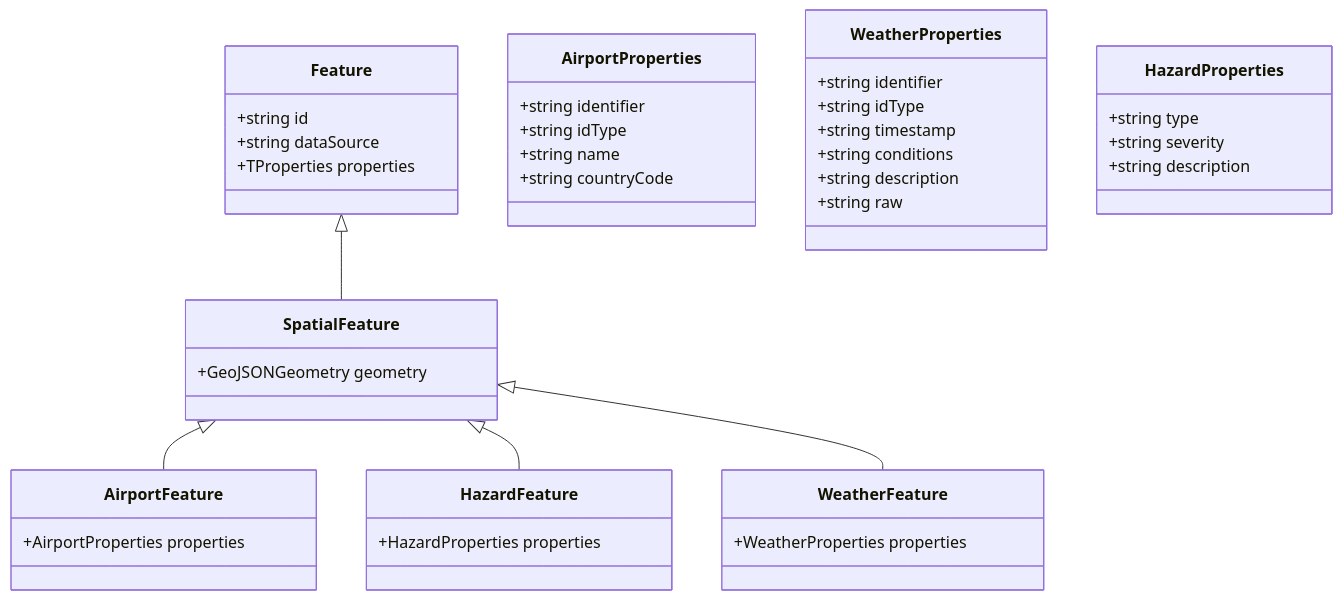
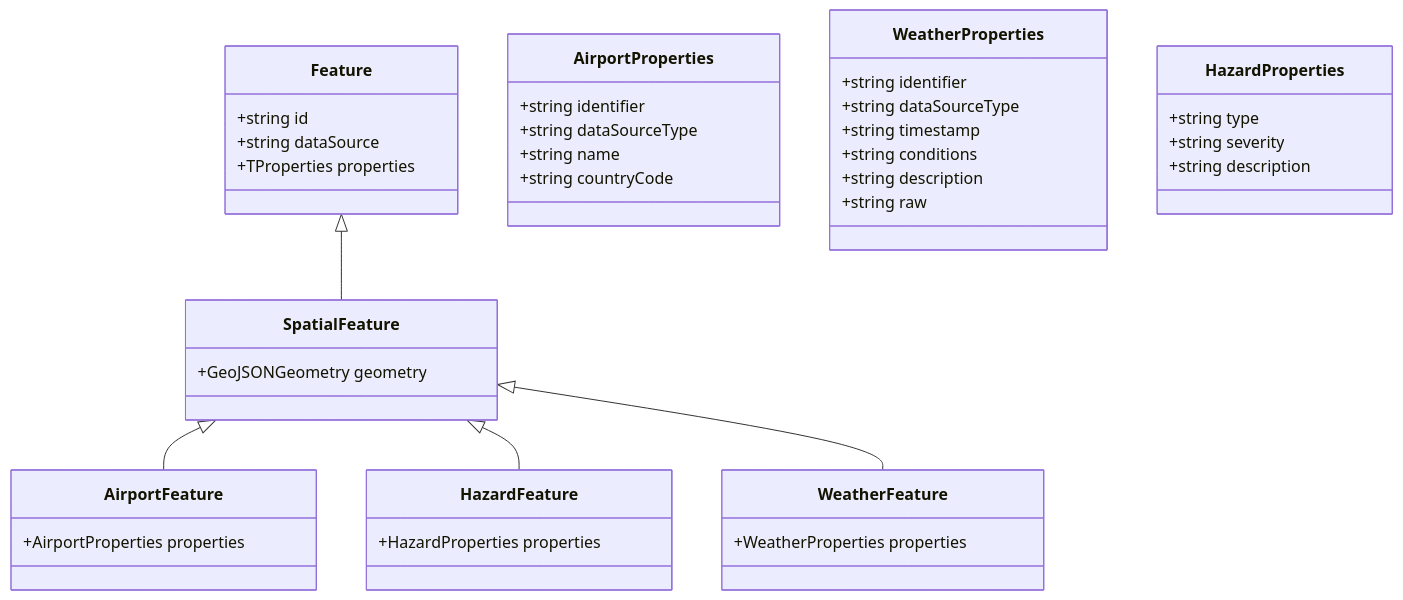
The first of 2 diagrams in docs/data_models.md (NicholasRestifo/SkyPathSentinel), drawn with Mermaid before and after one commit. The commit also changed other lines of this file, not shown here.

Commit message:
rename idType to dataSourceType

````diff
--- a/docs/data_models.md
+++ b/docs/data_models.md
@@ -79,47 +79,47 @@
 ```mermaid
 classDiagram
     class Feature {
         +string id
         +string dataSource
         +TProperties properties
     }
     class SpatialFeature {
         +GeoJSONGeometry geometry
     }
     
     class AirportProperties {
         +string identifier
-        +string idType
+        +string dataSourceType
         +string name
         +string countryCode
     }
     class AirportFeature {
         +AirportProperties properties
     }
     
     class WeatherProperties {
         +string identifier
-        +string idType
+        +string dataSourceType
         +string timestamp
         +string conditions
         +string description
         +string raw
     }
     class WeatherFeature {
         +WeatherProperties properties
     }
     
     class HazardProperties {
         +string type
         +string severity
         +string description
     }
     class HazardFeature {
         +HazardProperties properties
     }
 
     Feature <|-- SpatialFeature
     SpatialFeature <|-- AirportFeature
     SpatialFeature <|-- HazardFeature
     SpatialFeature <|-- WeatherFeature
 ```
````
